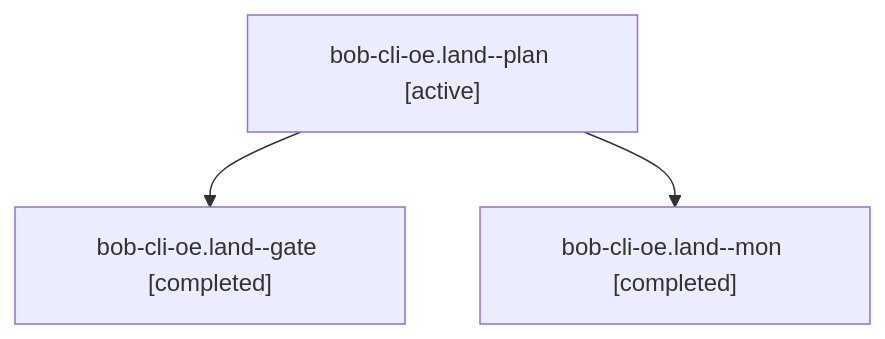
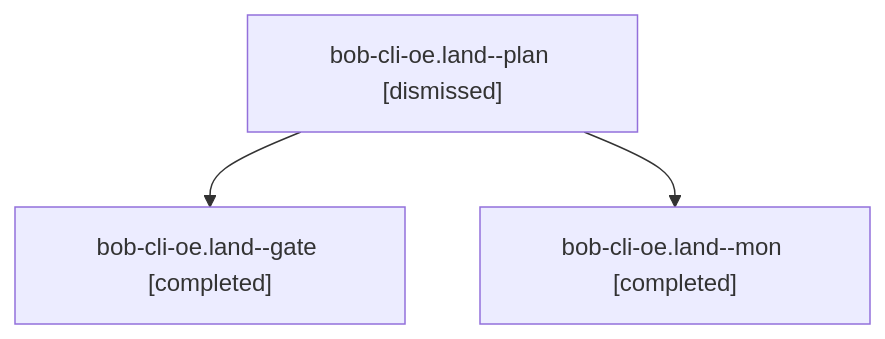
One commit to bobs-org/bob-cli--agents changed the diagram in sessions/bbugyi200.apollo.bob-cli-oe.land.md. Above: the diagram before and after it, drawn with Mermaid. The commit also changed other lines of this file and 64 other files, not shown here.

````diff
--- a/sessions/bbugyi200.apollo.bob-cli-oe.land.md
+++ b/sessions/bbugyi200.apollo.bob-cli-oe.land.md
@@ -9,8 +9,8 @@
 ```mermaid
 flowchart TD
-  n0["bob-cli-oe.land--plan [active]"]
+  n0["bob-cli-oe.land--plan [dismissed]"]
   n1["bob-cli-oe.land--gate [completed]"]
   n0 --> n1
   n2["bob-cli-oe.land--mon [completed]"]
   n0 --> n2
 ```
````
